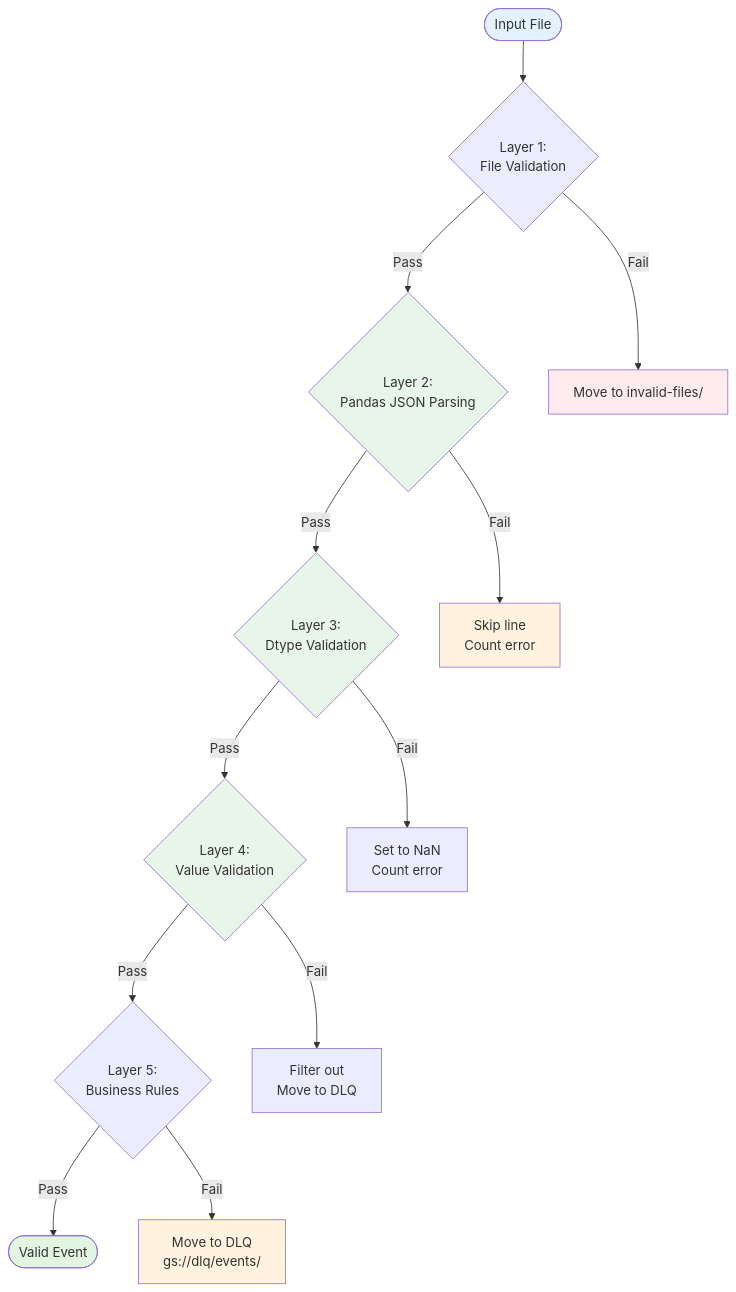
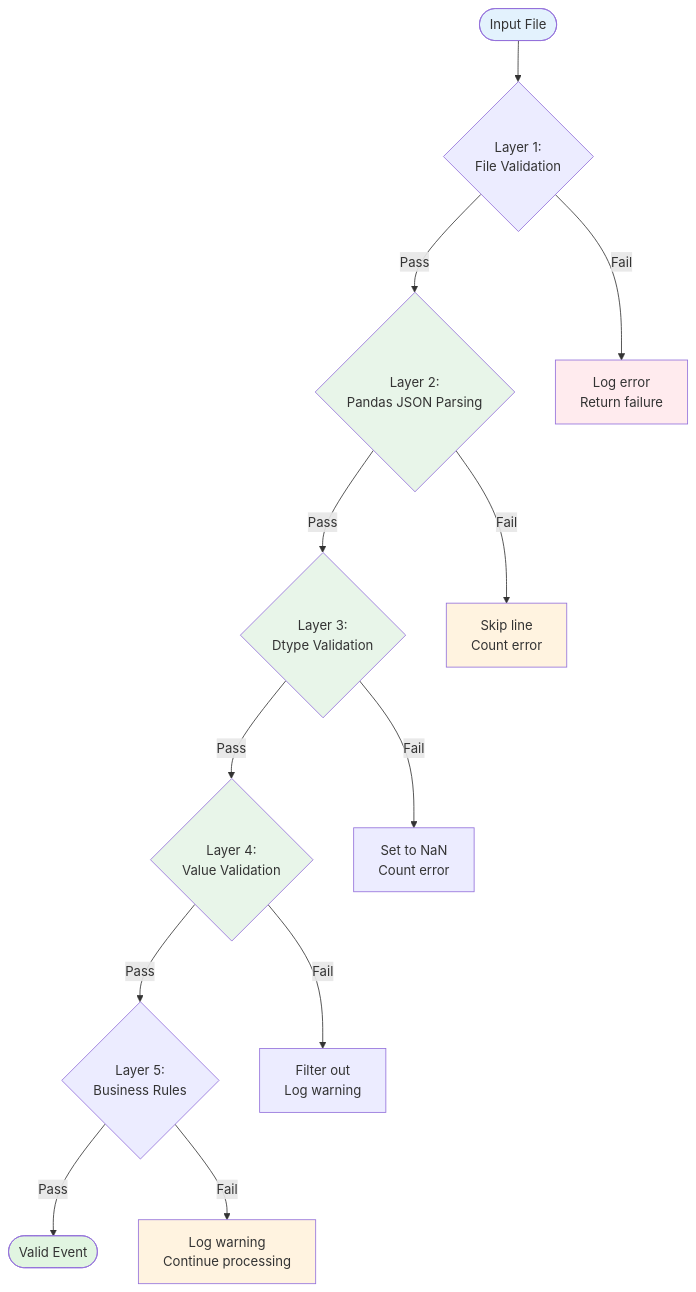
Before and after one commit to prateekpanjla-outlook/gcp_data_proc: the diagram in design/github_archive/phase2_process_files/diagrams/04_validation_layers.md, drawn with Mermaid. The commit also changed other lines of this file and 52 other files, not shown here.

````diff
--- a/design/github_archive/phase2_process_files/diagrams/04_validation_layers.md
+++ b/design/github_archive/phase2_process_files/diagrams/04_validation_layers.md
@@ -3,28 +3,28 @@
 ```mermaid
 graph TB
     Input([Input File]) --> L1{Layer 1:<br>File Validation}
 
     L1 -->|Pass| L2{Layer 2:<br>Pandas JSON Parsing}
-    L1 -->|Fail| Invalid[Move to invalid-files/]
+    L1 -->|Fail| Invalid[Log error<br>Return failure]
 
     L2 -->|Pass| L3{Layer 3:<br>Dtype Validation}
     L2 -->|Fail| Skip[Skip line<br>Count error]
 
     L3 -->|Pass| L4{Layer 4:<br>Value Validation}
     L3 -->|Fail| NaN[Set to NaN<br>Count error]
 
     L4 -->|Pass| L5{Layer 5:<br>Business Rules}
-    L4 -->|Fail| Filter[Filter out<br>Move to DLQ]
+    L4 -->|Fail| Filter[Filter out<br>Log warning]
 
     L5 -->|Pass| Output([Valid Event])
-    L5 -->|Fail| DLQ[Move to DLQ<br>gs://dlq/events/]
+    L5 -->|Fail| LogBiz[Log warning<br>Continue processing]
 
     style Input fill:#e3f2fd
     style Output fill:#e1f5e1
     style Invalid fill:#ffebee
-    style DLQ fill:#fff3e0
+    style LogBiz fill:#fff3e0
     style Skip fill:#fff3e0
     style L2 fill:#e8f5e9
     style L3 fill:#e8f5e9
     style L4 fill:#e8f5e9
 ```
````
